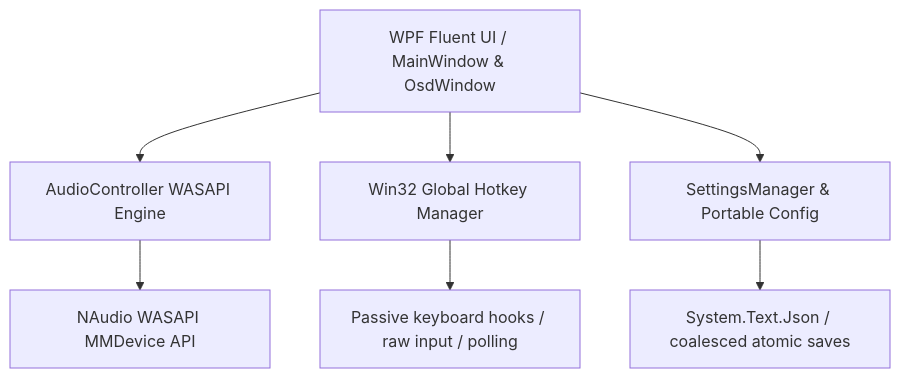
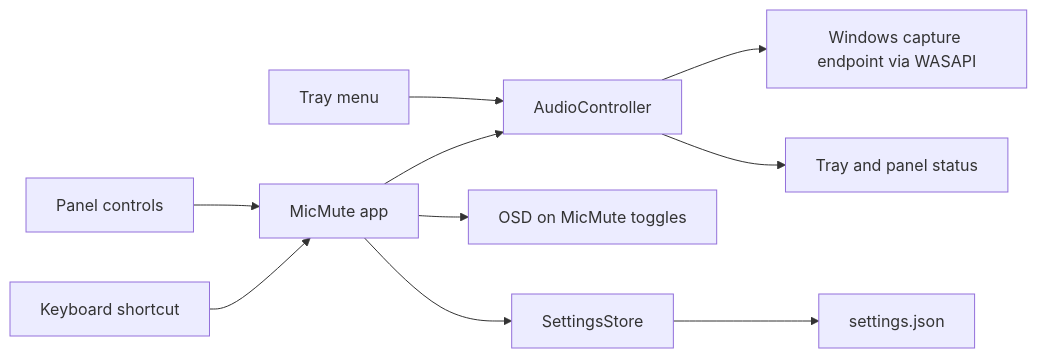
Before and after one commit to youssefhazem3-dot/MicMute: the diagram in README.md, drawn with Mermaid. The commit also changed other lines of this file, not shown here.

Commit message:
docs: update README for current app

````diff
--- a/README.md
+++ b/README.md
@@ -89,9 +73,12 @@
 ```mermaid
-graph TD
-    UI[WPF Fluent UI / MainWindow & OsdWindow] --> Core[AudioController WASAPI Engine]
-    UI --> Hotkeys[Win32 Global Hotkey Manager]
-    UI --> Storage[SettingsManager & Portable Config]
-    Core --> NAudio[NAudio WASAPI MMDevice API]
-    Hotkeys --> Win32[Passive keyboard hooks / raw input / polling]
-    Storage --> JSON[System.Text.Json / coalesced atomic saves]
+graph LR
+    Keys[Keyboard shortcut] --> Main[MicMute app]
+    Panel[Panel controls] --> Main
+    Main --> Audio[AudioController]
+    Tray[Tray menu] --> Audio
+    Audio --> Endpoint[Windows capture endpoint via WASAPI]
+    Audio --> Status[Tray and panel status]
+    Main --> OSD[OSD on MicMute toggles]
+    Main --> Settings[SettingsStore]
+    Settings --> Json[settings.json]
 ```
````
